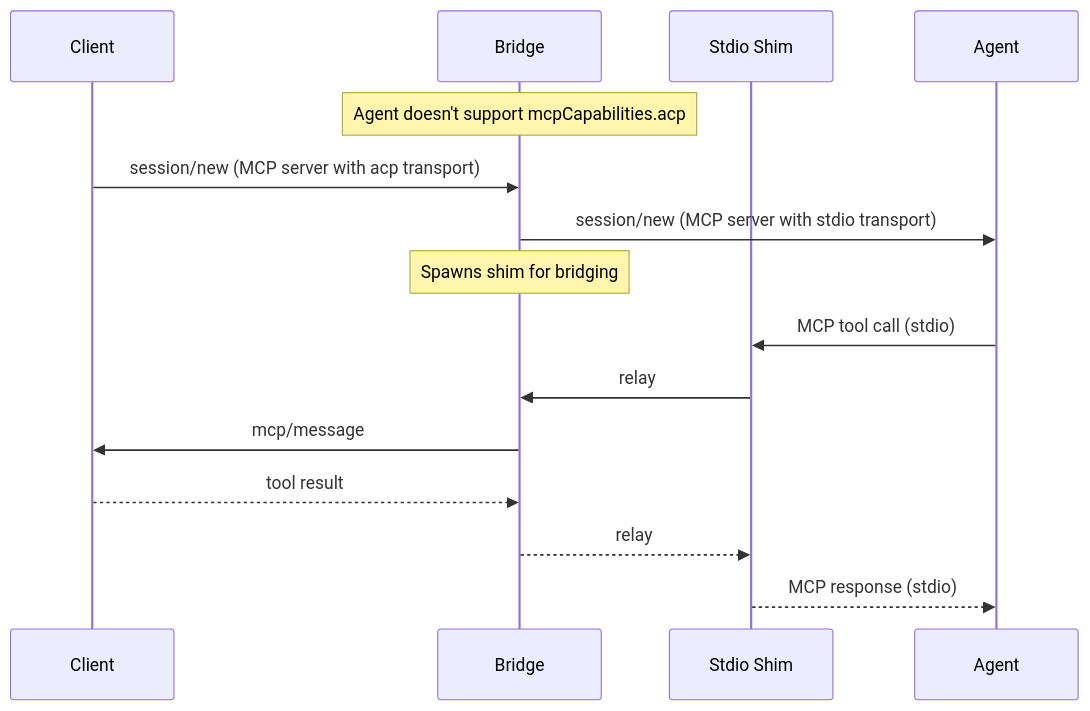
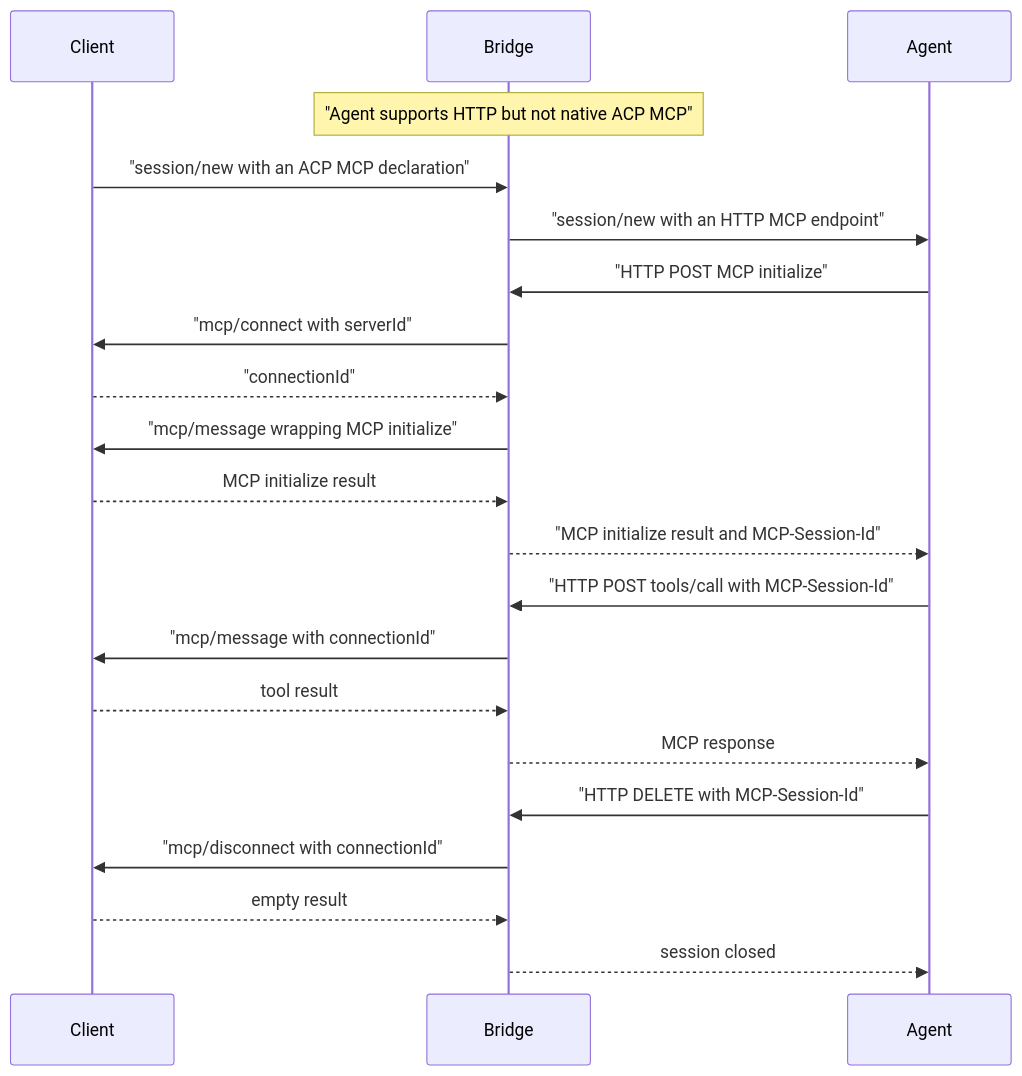
One commit to agentclientprotocol/agent-client-protocol changed the second of 2 diagrams in docs/rfds/mcp-over-acp.mdx. Above: the diagram before and after it, drawn with Mermaid. The commit also changed other lines of this file and 1 other file, not shown here.

Commit message:
docs(rfd): audit MCP-over-ACP for stateless MCP

````diff
--- a/docs/rfds/mcp-over-acp.mdx
+++ b/docs/rfds/mcp-over-acp.mdx
@@ -258,19 +330,27 @@
 ```mermaid
 sequenceDiagram
     participant Client
     participant Bridge
-    participant Shim as Stdio Shim
     participant Agent
 
-    Note over Bridge: Agent doesn't support mcpCapabilities.acp
-    Client->>Bridge: session/new (MCP server with acp transport)
-    Bridge->>Agent: session/new (MCP server with stdio transport)
-    Note over Bridge: Spawns shim for bridging
+    Note over Bridge: "Agent supports HTTP but not native ACP MCP"
+    Client->>Bridge: "session/new with an ACP MCP declaration"
+    Bridge->>Agent: "session/new with an HTTP MCP endpoint"
 
-    Agent->>Shim: MCP tool call (stdio)
-    Shim->>Bridge: relay
-    Bridge->>Client: mcp/message
+    Agent->>Bridge: "HTTP POST MCP initialize"
+    Bridge->>Client: "mcp/connect with serverId"
+    Client-->>Bridge: "connectionId"
+    Bridge->>Client: "mcp/message wrapping MCP initialize"
+    Client-->>Bridge: MCP initialize result
+    Bridge-->>Agent: "MCP initialize result and MCP-Session-Id"
+
+    Agent->>Bridge: "HTTP POST tools/call with MCP-Session-Id"
+    Bridge->>Client: "mcp/message with connectionId"
     Client-->>Bridge: tool result
-    Bridge-->>Shim: relay
-    Shim-->>Agent: MCP response (stdio)
+    Bridge-->>Agent: MCP response
+
+    Agent->>Bridge: "HTTP DELETE with MCP-Session-Id"
+    Bridge->>Client: "mcp/disconnect with connectionId"
+    Client-->>Bridge: empty result
+    Bridge-->>Agent: session closed
 ```
````
